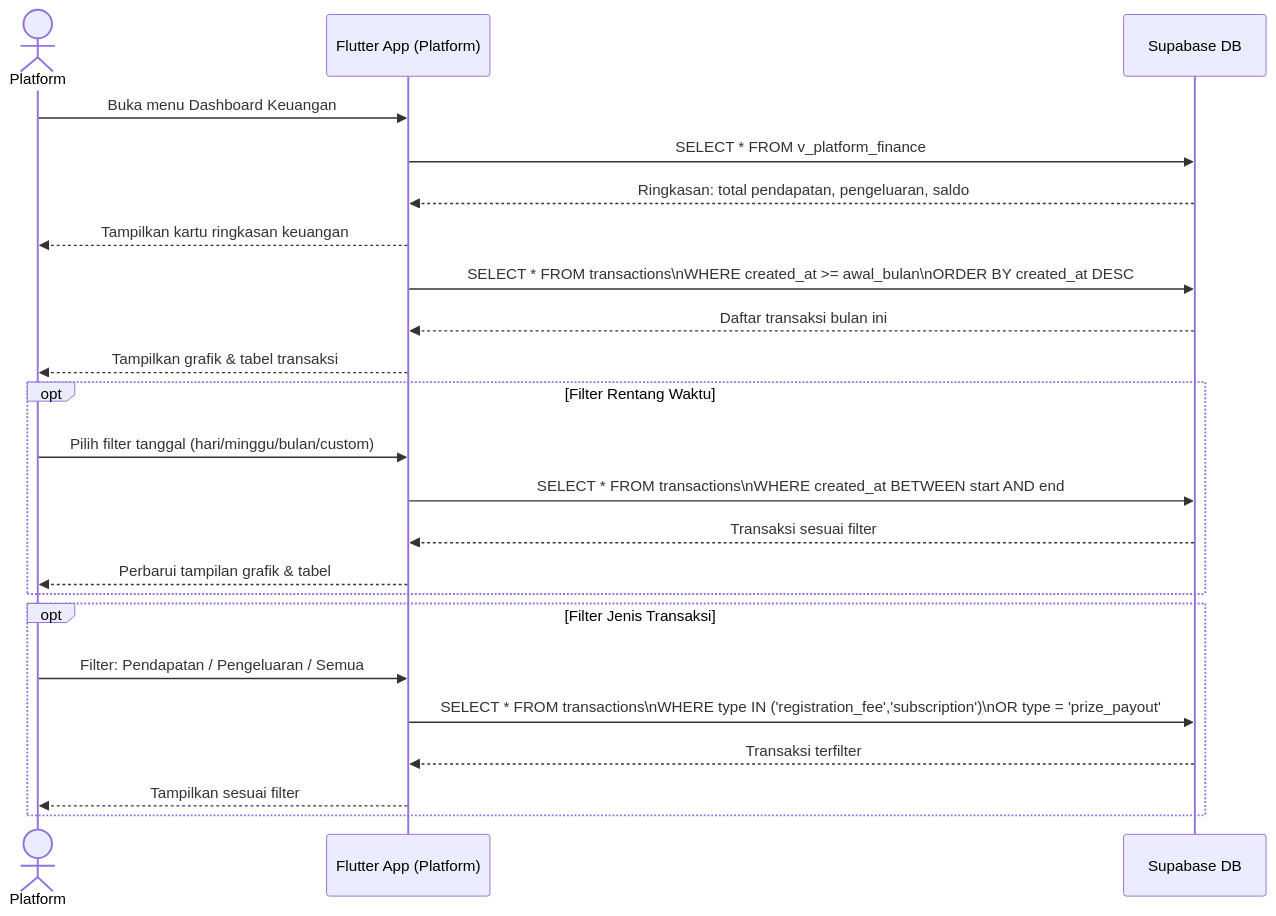
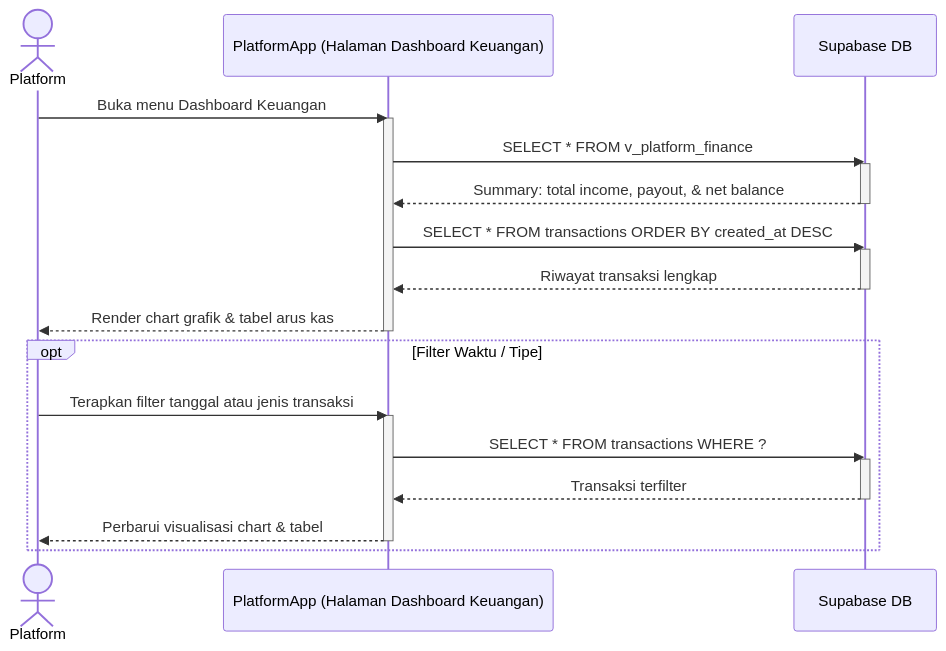
Before and after one commit to yosima050/booyahhub: diagram 42 of 47 in DOKUMENTASI.md, drawn with Mermaid. The commit also changed other lines of this file, not shown here.

Commit message:
docs: update user flow documentation with expanded process steps and refined sequence diagrams

````diff
--- a/DOKUMENTASI.md
+++ b/DOKUMENTASI.md
@@ -1411,30 +1683,30 @@
 ```mermaid
 sequenceDiagram
     actor Platform
-    participant App as Flutter App (Platform)
+    participant App as PlatformApp (Halaman Dashboard Keuangan)
     participant DB as Supabase DB
 
     Platform->>App: Buka menu Dashboard Keuangan
+    activate App
     App->>DB: SELECT * FROM v_platform_finance
-    DB-->>App: Ringkasan: total pendapatan, pengeluaran, saldo
+    activate DB
+    DB-->>App: Summary: total income, payout, & net balance
+    deactivate DB
+    App->>DB: SELECT * FROM transactions ORDER BY created_at DESC
+    activate DB
+    DB-->>App: Riwayat transaksi lengkap
+    deactivate DB
+    App-->>Platform: Render chart grafik & tabel arus kas
+    deactivate App
 
-    App-->>Platform: Tampilkan kartu ringkasan keuangan
-
-    App->>DB: SELECT * FROM transactions\nWHERE created_at >= awal_bulan\nORDER BY created_at DESC
-    DB-->>App: Daftar transaksi bulan ini
-    App-->>Platform: Tampilkan grafik & tabel transaksi
-
-    opt Filter Rentang Waktu
-        Platform->>App: Pilih filter tanggal (hari/minggu/bulan/custom)
-        App->>DB: SELECT * FROM transactions\nWHERE created_at BETWEEN start AND end
-        DB-->>App: Transaksi sesuai filter
-        App-->>Platform: Perbarui tampilan grafik & tabel
-    end
-
-    opt Filter Jenis Transaksi
-        Platform->>App: Filter: Pendapatan / Pengeluaran / Semua
-        App->>DB: SELECT * FROM transactions\nWHERE type IN ('registration_fee','subscription')\nOR type = 'prize_payout'
+    opt Filter Waktu / Tipe
+        Platform->>App: Terapkan filter tanggal atau jenis transaksi
+        activate App
+        App->>DB: SELECT * FROM transactions WHERE ?
+        activate DB
         DB-->>App: Transaksi terfilter
-        App-->>Platform: Tampilkan sesuai filter
+        deactivate DB
+        App-->>Platform: Perbarui visualisasi chart & tabel
+        deactivate App
     end
 ```
````
